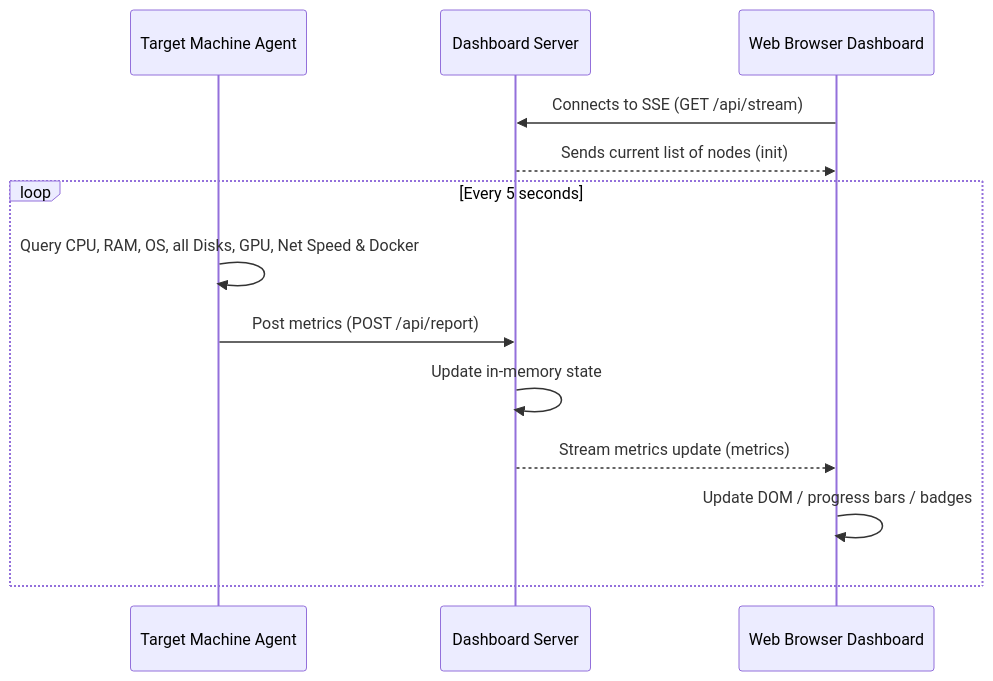
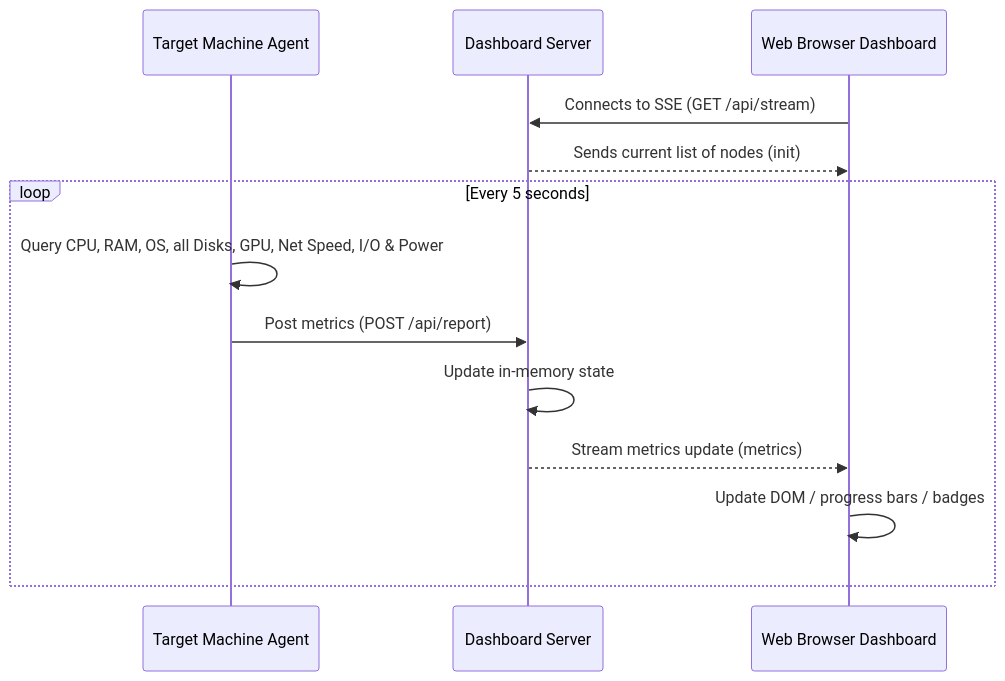
Before and after one commit to Muhammad-Haziq911/monitoringDashboard: the diagram in README.md, drawn with Mermaid. The commit also changed other lines of this file, not shown here.

Commit message:
docs: Update README.md with pinning, hysteresis, latency sweep, power draw monitoring, and Windows startup guide

````diff
--- a/README.md
+++ b/README.md
@@ -30,17 +36,17 @@
 ```mermaid
 sequenceDiagram
     participant Agent as Target Machine Agent
     participant Backend as Dashboard Server
     participant Browser as Web Browser Dashboard
 
     Browser->>Backend: Connects to SSE (GET /api/stream)
     Backend-->>Browser: Sends current list of nodes (init)
     
     loop Every 5 seconds
-        Agent->>Agent: Query CPU, RAM, OS, all Disks, GPU, Net Speed & Docker
+        Agent->>Agent: Query CPU, RAM, OS, all Disks, GPU, Net Speed, I/O & Power
         Agent->>Backend: Post metrics (POST /api/report)
         Backend->>Backend: Update in-memory state
         Backend-->>Browser: Stream metrics update (metrics)
         Browser->>Browser: Update DOM / progress bars / badges
     end
 ```
````
